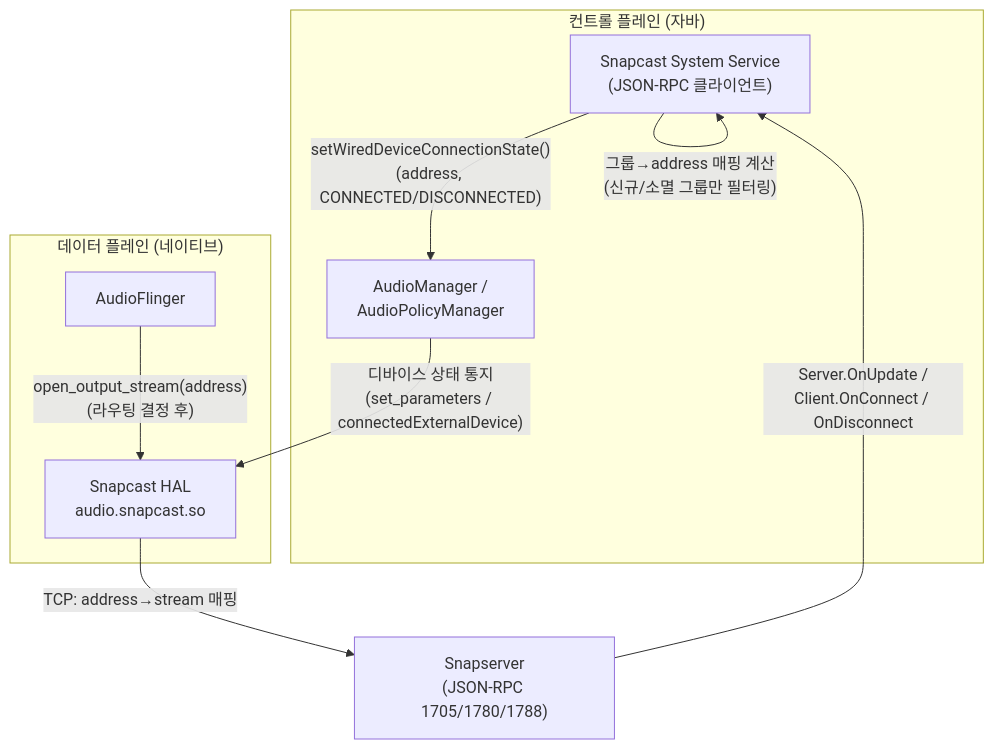
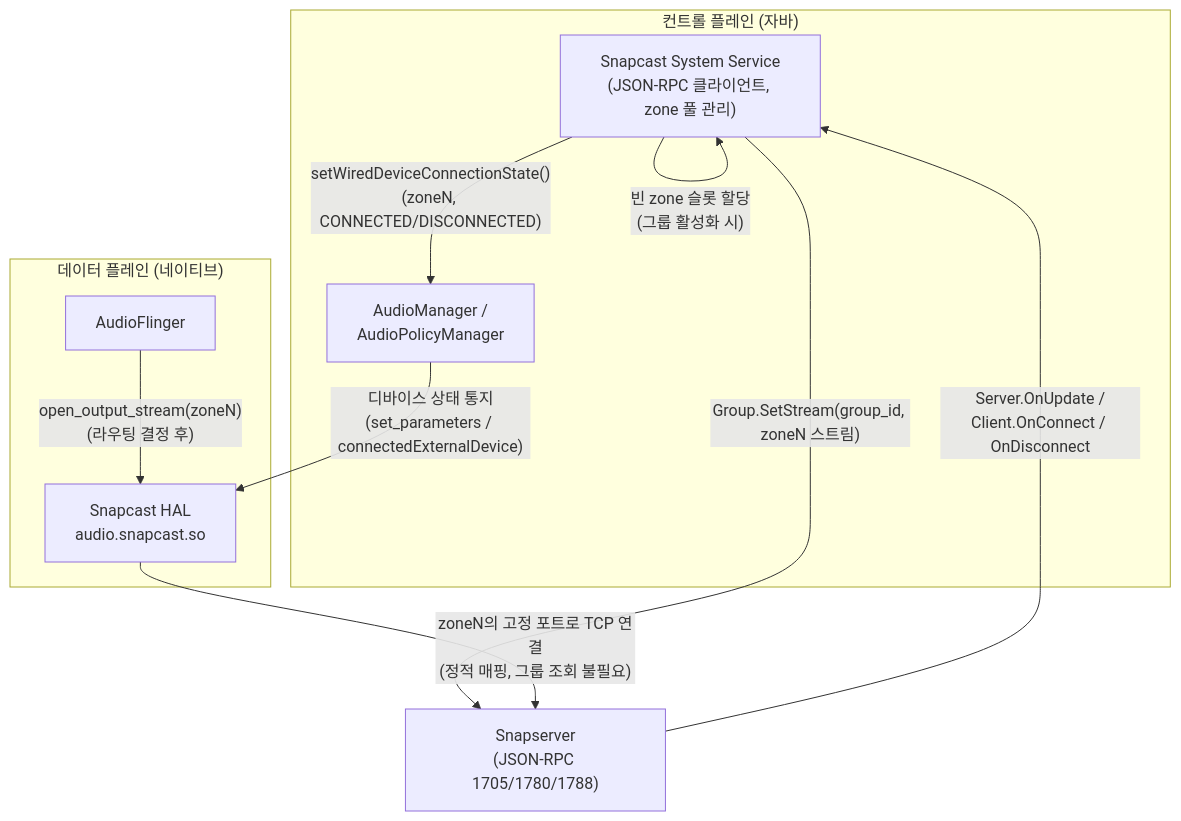
One commit to pillmee/snapcast changed the second of 4 diagrams in review/integration/android_hal.md. Above: the diagram before and after it, drawn with Mermaid. The commit also changed other lines of this file and 3 other files, not shown here.

````diff
--- a/review/integration/android_hal.md
+++ b/review/integration/android_hal.md
@@ -125,21 +78,22 @@
 ```mermaid
 flowchart TD
     subgraph CTRL["컨트롤 플레인 (자바)"]
-        SVC["Snapcast System Service\n(JSON-RPC 클라이언트)"]
+        SVC["Snapcast System Service\n(JSON-RPC 클라이언트, zone 풀 관리)"]
         AM["AudioManager /\nAudioPolicyManager"]
     end
 
     subgraph DATA["데이터 플레인 (네이티브)"]
         HAL["Snapcast HAL\naudio.snapcast.so"]
         AF["AudioFlinger"]
     end
 
     SNAP["Snapserver\n(JSON-RPC 1705/1780/1788)"]
 
     SNAP -- "Server.OnUpdate /\nClient.OnConnect / OnDisconnect" --> SVC
-    SVC -- "그룹→address 매핑 계산\n(신규/소멸 그룹만 필터링)" --> SVC
-    SVC -- "setWiredDeviceConnectionState()\n(address, CONNECTED/DISCONNECTED)" --> AM
+    SVC -- "빈 zone 슬롯 할당\n(그룹 활성화 시)" --> SVC
+    SVC -- "Group.SetStream(group_id, zoneN 스트림)" --> SNAP
+    SVC -- "setWiredDeviceConnectionState()\n(zoneN, CONNECTED/DISCONNECTED)" --> AM
     AM -- "디바이스 상태 통지\n(set_parameters / connectedExternalDevice)" --> HAL
-    AF -- "open_output_stream(address)\n(라우팅 결정 후)" --> HAL
-    HAL -- "TCP: address→stream 매핑" --> SNAP
+    AF -- "open_output_stream(zoneN)\n(라우팅 결정 후)" --> HAL
+    HAL -- "zoneN의 고정 포트로 TCP 연결\n(정적 매핑, 그룹 조회 불필요)" --> SNAP
 ```
````
